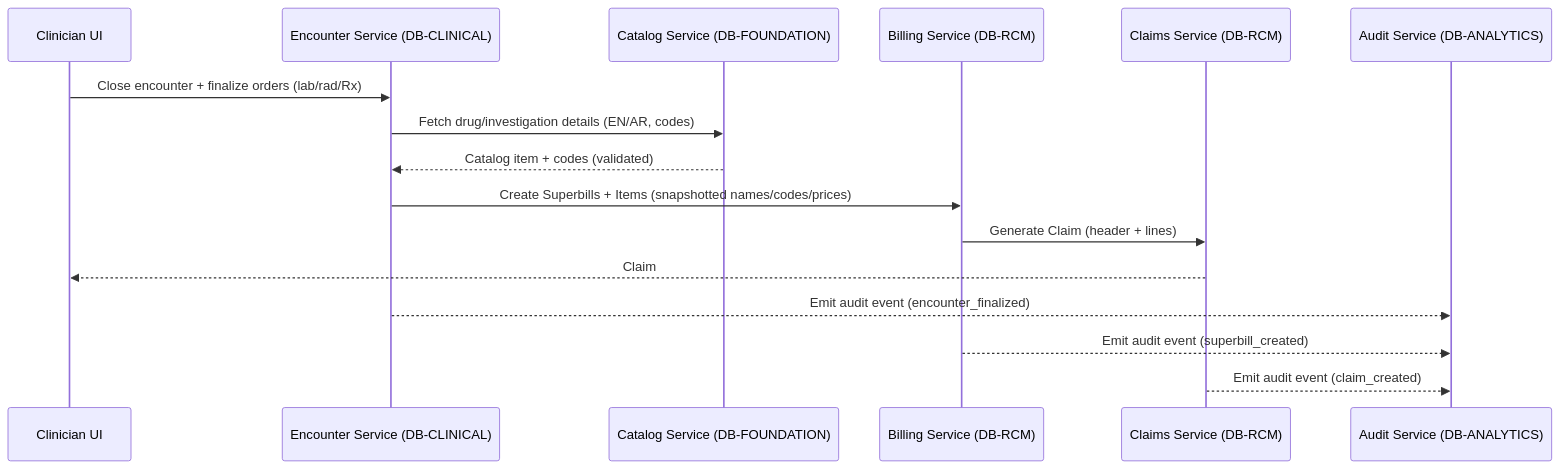
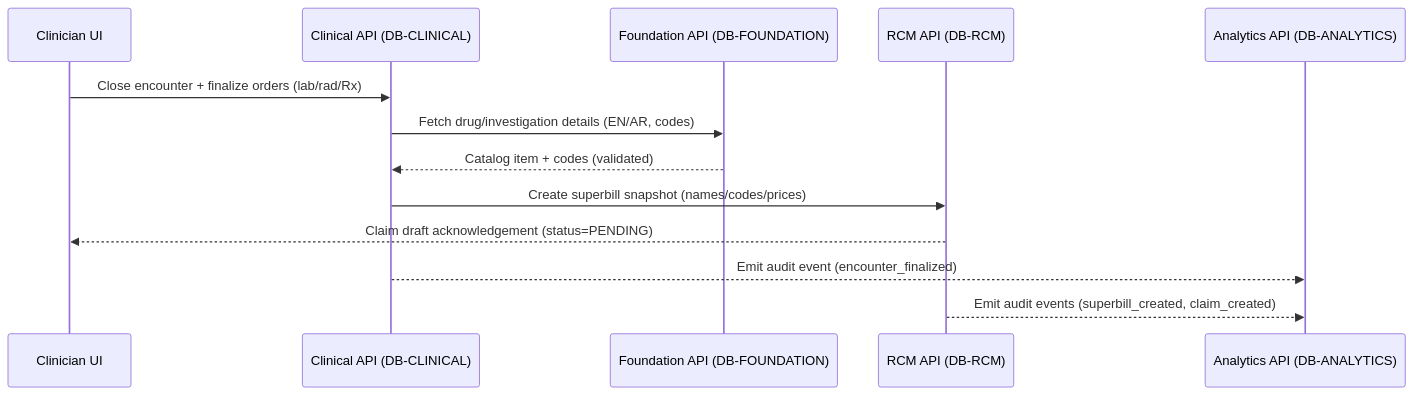
One commit to daivahealth/athma-ce changed the third of 3 diagrams in docs/24-Service-Database-Interaction.md. Above: the diagram before and after it, drawn with Mermaid. The commit also changed other lines of this file, not shown here.

````diff
--- a/docs/24-Service-Database-Interaction.md
+++ b/docs/24-Service-Database-Interaction.md
@@ -148,19 +117,16 @@
 ```mermaid
 sequenceDiagram
   participant UI as Clinician UI
-  participant ENC as Encounter Service (DB-CLINICAL)
-  participant CAT as Catalog Service (DB-FOUNDATION)
-  participant BILL as Billing Service (DB-RCM)
-  participant CLAIM as Claims Service (DB-RCM)
-  participant AUD as Audit Service (DB-ANALYTICS)
+  participant CLN as Clinical API (DB-CLINICAL)
+  participant FND as Foundation API (DB-FOUNDATION)
+  participant RCM as RCM API (DB-RCM)
+  participant ANA as Analytics API (DB-ANALYTICS)
 
-  UI->>ENC: Close encounter + finalize orders (lab/rad/Rx)
-  ENC->>CAT: Fetch drug/investigation details (EN/AR, codes)
-  CAT-->>ENC: Catalog item + codes (validated)
-  ENC->>BILL: Create Superbills + Items (snapshotted names/codes/prices)
-  BILL->>CLAIM: Generate Claim (header + lines)
-  CLAIM-->>UI: Claim# + status=PENDING
-  ENC-->>AUD: Emit audit event (encounter_finalized)
-  BILL-->>AUD: Emit audit event (superbill_created)
-  CLAIM-->>AUD: Emit audit event (claim_created)
+  UI->>CLN: Close encounter + finalize orders (lab/rad/Rx)
+  CLN->>FND: Fetch drug/investigation details (EN/AR, codes)
+  FND-->>CLN: Catalog item + codes (validated)
+  CLN->>RCM: Create superbill snapshot (names/codes/prices)
+  RCM-->>UI: Claim draft acknowledgement (status=PENDING)
+  CLN-->>ANA: Emit audit event (encounter_finalized)
+  RCM-->>ANA: Emit audit events (superbill_created, claim_created)
 ```
````
